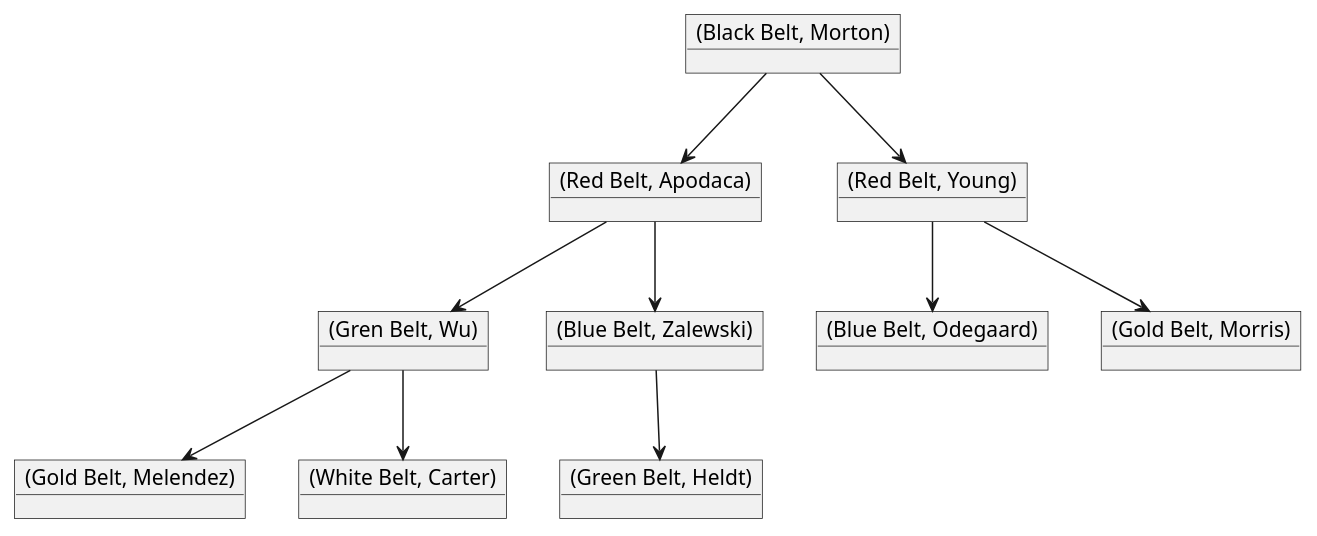
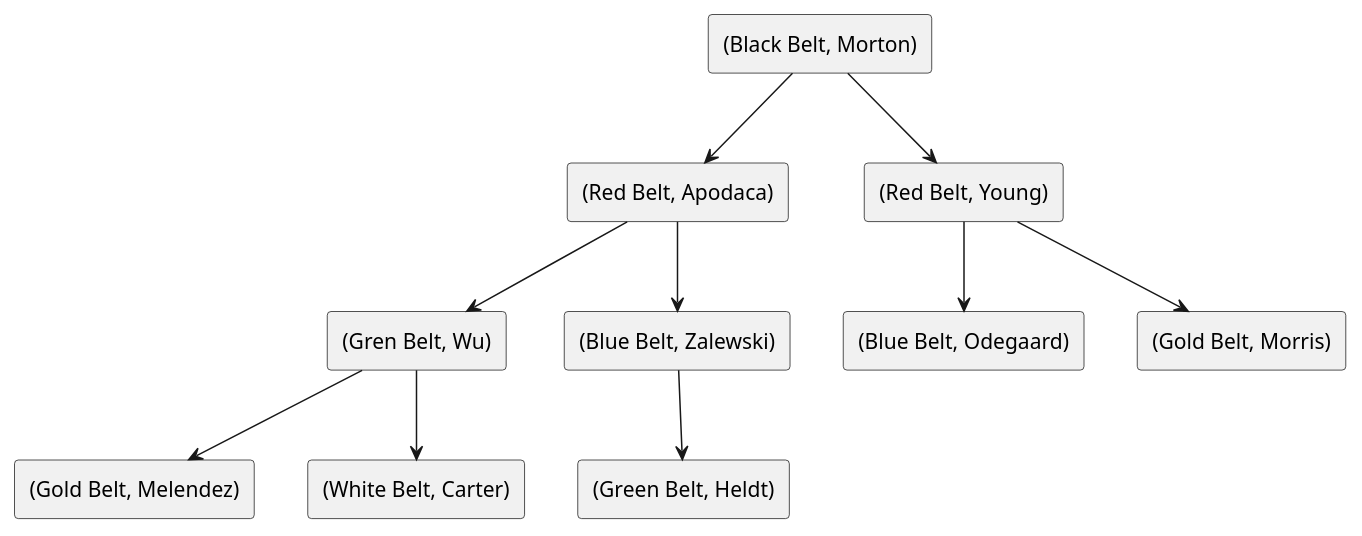
Before and after one commit to elviejo79/literate_pro_for_beeminder: the fourth of 14 diagrams in docs/16_Heaps.md, drawn with PlantUML. The commit also changed other lines of this file and 2 other files, not shown here.

````diff
--- a/docs/16_Heaps.md
+++ b/docs/16_Heaps.md
@@ -432,27 +435,27 @@
 ```plantuml
 @startuml
 top to bottom direction
 
-object "(Black Belt, Morton)" as morton
-object "(Red Belt, Apodaca)" as apodaca
-object "(Gren Belt, Wu)" as wu
-object "(Gold Belt, Melendez)" as melendez
-object "(White Belt, Carter)" as carter
-object "(Green Belt, Heldt)" as heldt
-object "(Red Belt, Young)" as young
-object "(Blue Belt, Odegaard)" as odegaard
-object "(Gold Belt, Morris)" as morris
-object "(Blue Belt, Zalewski)" as zalewski
+rectangle "(Black Belt, Morton)" as morton
+rectangle "(Red Belt, Apodaca)" as apodaca
+rectangle "(Gren Belt, Wu)" as wu
+rectangle "(Gold Belt, Melendez)" as melendez
+rectangle "(White Belt, Carter)" as carter
+rectangle "(Green Belt, Heldt)" as heldt
+rectangle "(Red Belt, Young)" as young
+rectangle "(Blue Belt, Odegaard)" as odegaard
+rectangle "(Gold Belt, Morris)" as morris
+rectangle "(Blue Belt, Zalewski)" as zalewski
 
 morton -down-> apodaca
 apodaca -down-> wu
 wu -down-> melendez
 wu -down-> carter
 apodaca -down-> zalewski
 zalewski -down-> heldt
 morton -down-> young
 young -down-> odegaard
 young -down-> morris
 
 @enduml
 ```
````
